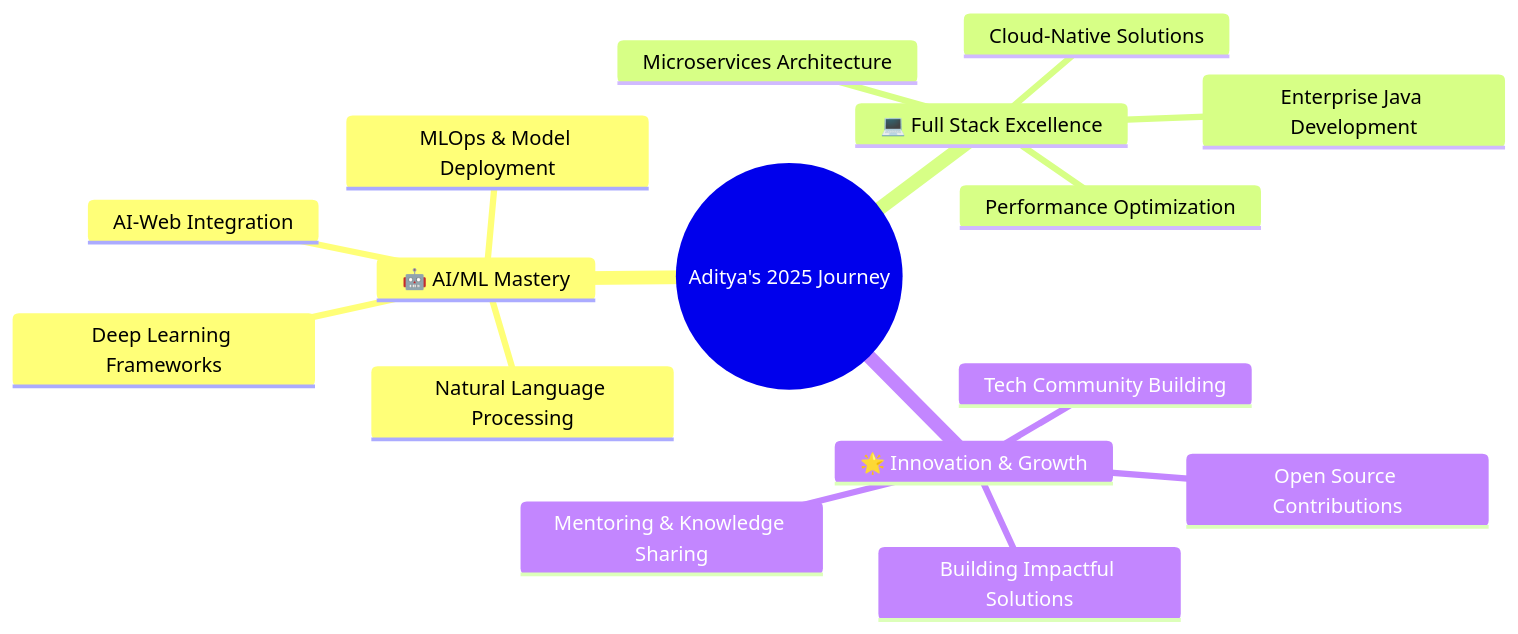
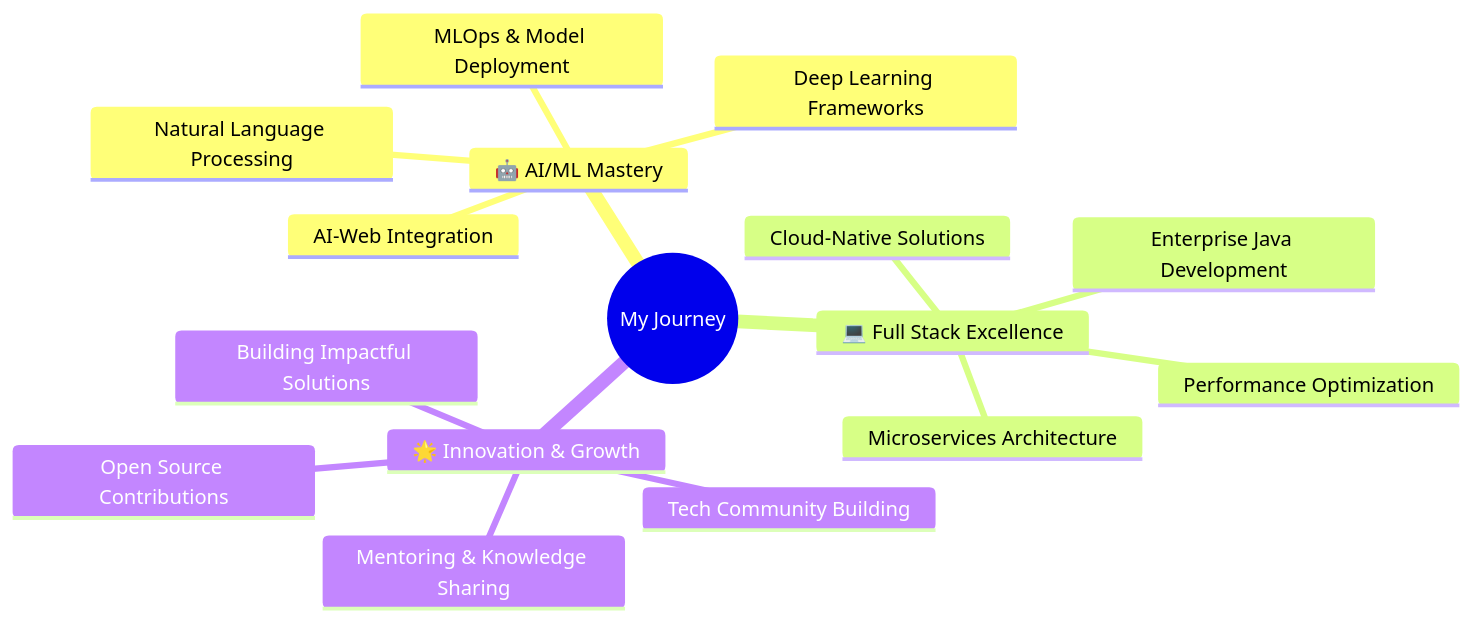
Before and after one commit to AdityaKotnala2004/adityakotnala2004: the diagram in README.md, drawn with Mermaid.

````diff
--- a/README.md
+++ b/README.md
@@ -98,19 +98,19 @@
 ```mermaid
 mindmap
-  root((Aditya's 2025 Journey))
+  root((My Journey))
     🤖 AI/ML Mastery
       Deep Learning Frameworks
       MLOps & Model Deployment
       AI-Web Integration
       Natural Language Processing
     💻 Full Stack Excellence
       Enterprise Java Development
       Microservices Architecture
       Cloud-Native Solutions
       Performance Optimization
     🌟 Innovation & Growth
       Open Source Contributions
       Tech Community Building
       Mentoring & Knowledge Sharing
       Building Impactful Solutions
 ```
````
